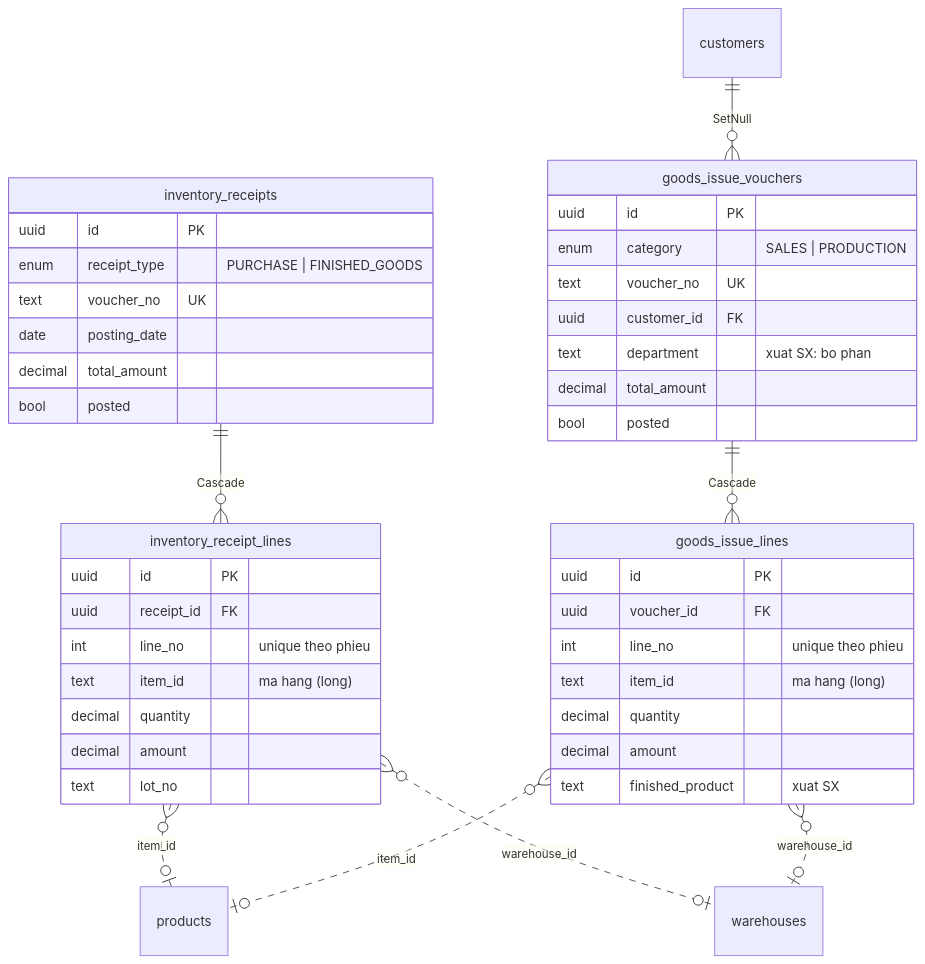
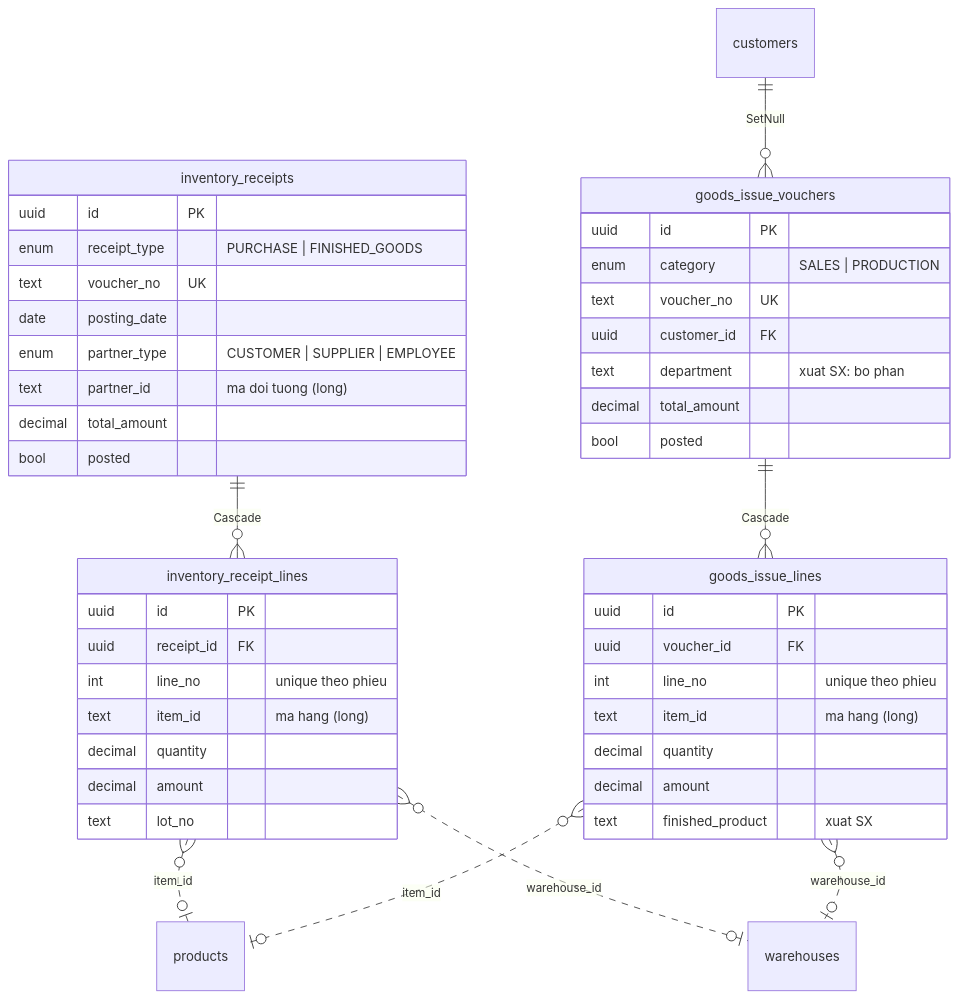
Before and after one commit to cuonghx-dev/be-tong-hong-linh: the fifth of 8 diagrams in docs/database.md, drawn with Mermaid. The commit also changed other lines of this file, not shown here.

````diff
--- a/docs/database.md
+++ b/docs/database.md
@@ -193,46 +192,48 @@
 ```mermaid
 erDiagram
   inventory_receipts ||--o{ inventory_receipt_lines : "Cascade"
   goods_issue_vouchers ||--o{ goods_issue_lines : "Cascade"
   customers ||--o{ goods_issue_vouchers : "SetNull"
   inventory_receipt_lines }o..o| products : "item_id"
   inventory_receipt_lines }o..o| warehouses : "warehouse_id"
   goods_issue_lines }o..o| products : "item_id"
   goods_issue_lines }o..o| warehouses : "warehouse_id"
 
   inventory_receipts {
     uuid id PK
     enum receipt_type "PURCHASE | FINISHED_GOODS"
     text voucher_no UK
     date posting_date
+    enum partner_type "CUSTOMER | SUPPLIER | EMPLOYEE"
+    text partner_id "ma doi tuong (long)"
     decimal total_amount
     bool posted
   }
   inventory_receipt_lines {
     uuid id PK
     uuid receipt_id FK
     int line_no "unique theo phieu"
     text item_id "ma hang (long)"
     decimal quantity
     decimal amount
     text lot_no
   }
   goods_issue_vouchers {
     uuid id PK
     enum category "SALES | PRODUCTION"
     text voucher_no UK
     uuid customer_id FK
     text department "xuat SX: bo phan"
     decimal total_amount
     bool posted
   }
   goods_issue_lines {
     uuid id PK
     uuid voucher_id FK
     int line_no "unique theo phieu"
     text item_id "ma hang (long)"
     decimal quantity
     decimal amount
     text finished_product "xuat SX"
   }
 ```
````
